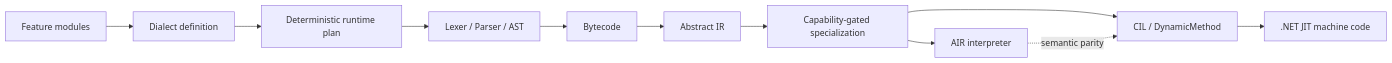
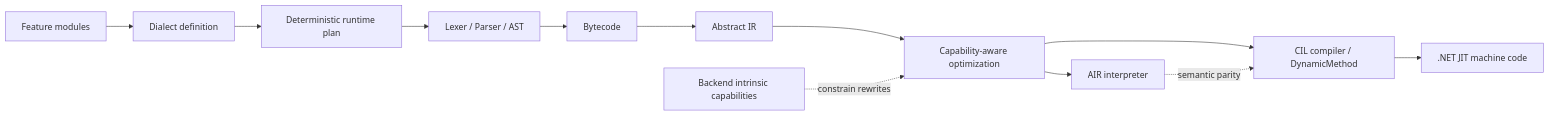
One commit to Misha1302/UniversalToolchain changed the diagram in docs/talks/rebase-2026/README.md. Above: the diagram before and after it, drawn with Mermaid. The commit also changed other lines of this file, not shown here.

````diff
--- a/docs/talks/rebase-2026/README.md
+++ b/docs/talks/rebase-2026/README.md
@@ -40,13 +40,14 @@
 ```mermaid
 graph LR
     A[Feature modules] --> B[Dialect definition]
     B --> C[Deterministic runtime plan]
     C --> D[Lexer / Parser / AST]
     D --> E[Bytecode]
     E --> F[Abstract IR]
-    F --> G[Capability-gated specialization]
+    F --> G[Capability-aware optimization]
     G --> H[AIR interpreter]
-    G --> I[CIL / DynamicMethod]
+    G --> I[CIL compiler / DynamicMethod]
+    K[Backend intrinsic capabilities] -. constrain rewrites .-> G
     I --> J[.NET JIT machine code]
     H -. semantic parity .-> I
 ```
````
